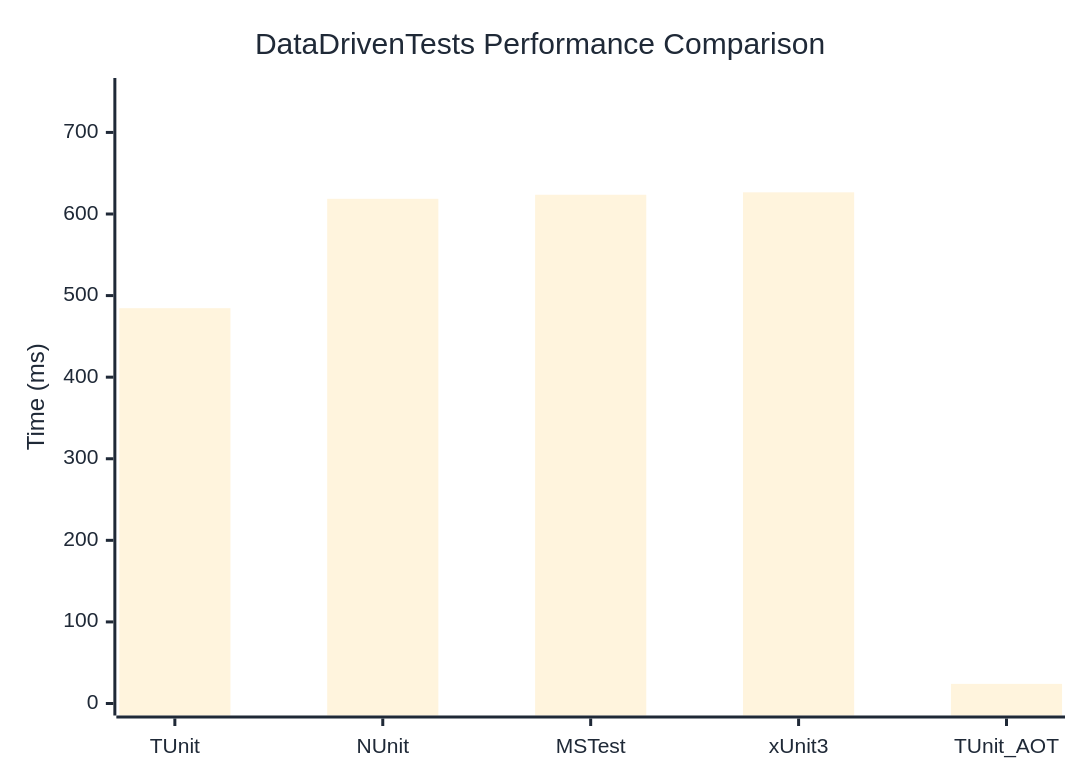
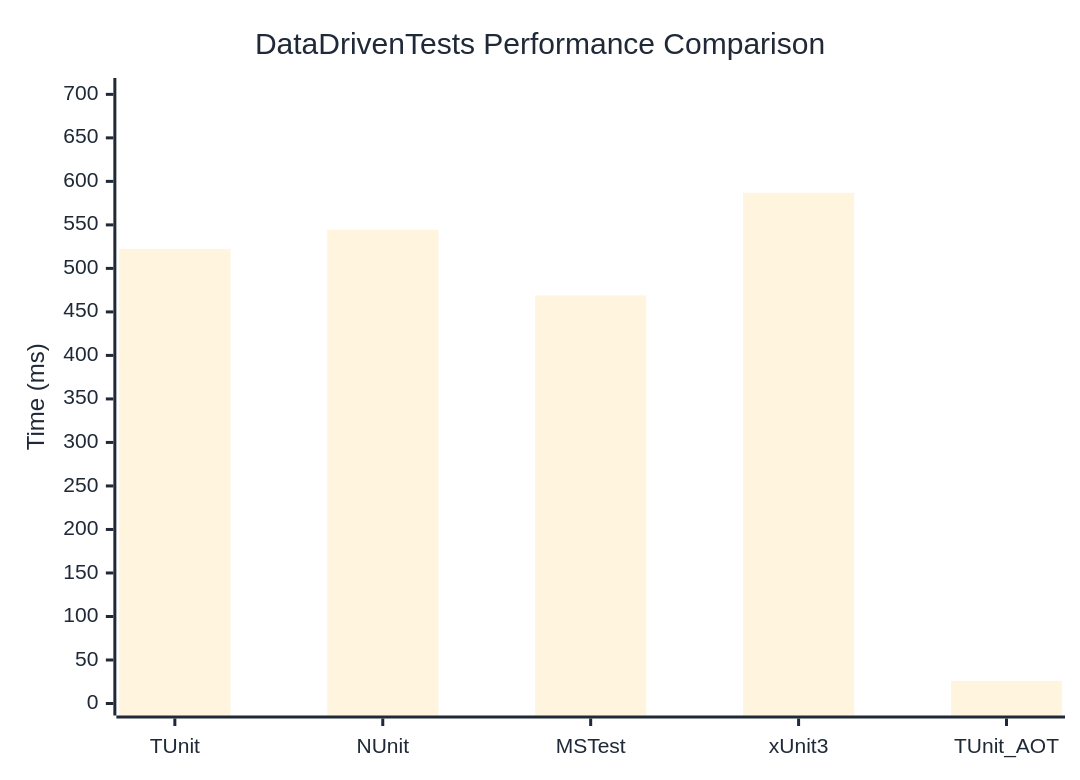
One commit to thomhurst/TUnit changed the diagram in docs/docs/benchmarks/DataDrivenTests.md. Above: the diagram before and after it, drawn with Mermaid. The commit also changed other lines of this file and 17 other files, not shown here.

````diff
--- a/docs/docs/benchmarks/DataDrivenTests.md
+++ b/docs/docs/benchmarks/DataDrivenTests.md
@@ -27,37 +27,37 @@
 ```mermaid
 %%{init: {
   'theme':'base',
   'themeVariables': {
     'primaryColor': '#2563eb',
     'primaryTextColor': '#1f2937',
     'primaryBorderColor': '#1e40af',
     'lineColor': '#6b7280',
     'secondaryColor': '#7c3aed',
     'tertiaryColor': '#dc2626',
     'background': '#ffffff',
     'mainBkg': '#2563eb',
     'secondBkg': '#7c3aed',
     'tertiaryBkg': '#dc2626',
     'clusterBkg': '#f3f4f6',
     'edgeLabelBackground': '#ffffff',
     'tertiaryTextColor': '#1f2937',
     'pie1': '#2563eb',
     'pie2': '#7c3aed',
     'pie3': '#dc2626',
     'pie4': '#f59e0b',
     'pie5': '#10b981',
     'pie6': '#06b6d4',
     'pie7': '#ec4899',
     'pie8': '#6366f1',
     'pie9': '#84cc16',
     'pie10': '#f97316',
     'pie11': '#14b8a6',
     'pie12': '#a855f7'
   }
 }}%%
 xychart-beta
   title "DataDrivenTests Performance Comparison"
   x-axis ["TUnit", "NUnit", "MSTest", "xUnit3", "TUnit_AOT"]
-  y-axis "Time (ms)" 0 --> 752
-  bar [484.57, 618.61, 623.6, 626.58, 24.07]
+  y-axis "Time (ms)" 0 --> 705
+  bar [522.39, 544.31, 468.87, 586.86, 25.96]
 ```
````
